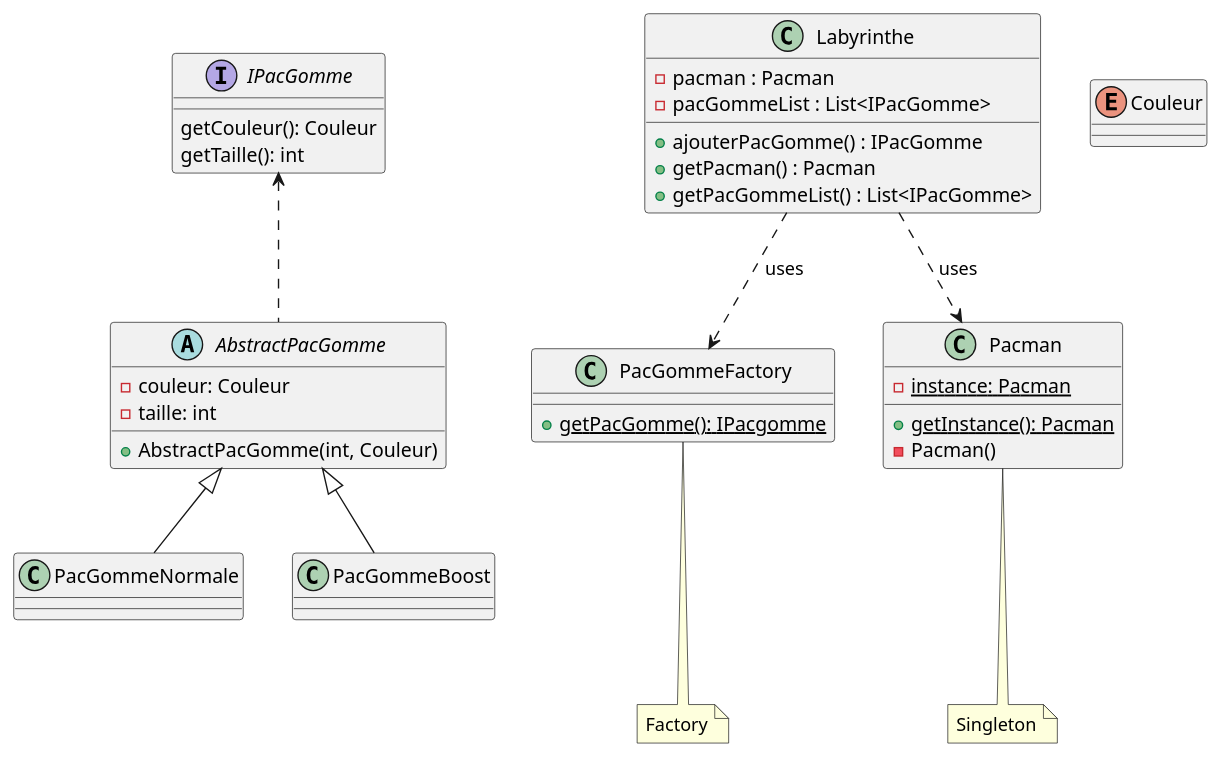
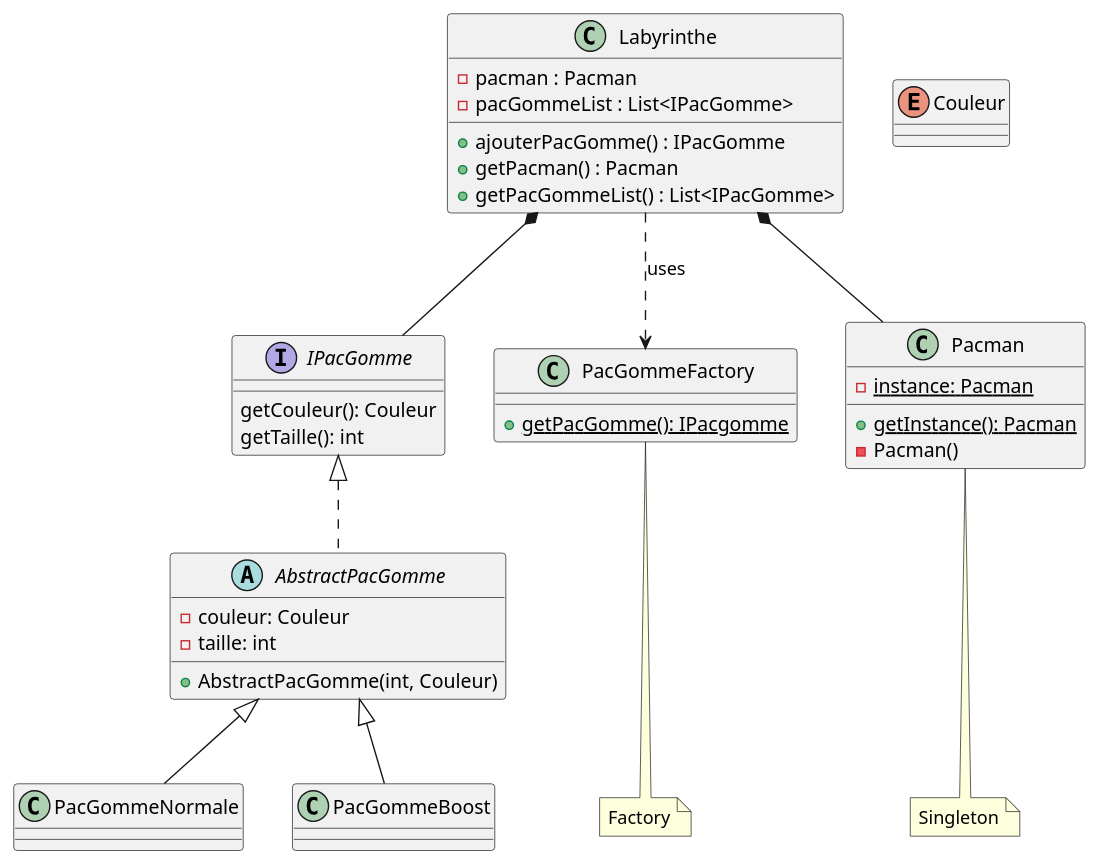
Before and after one commit to jandry/tetras-dm1-2022: the diagram in src/uml/UML.puml, drawn with PlantUML. The commit also changed 2 other files, not shown here.

```diff
--- a/src/uml/UML.puml
+++ b/src/uml/UML.puml
@@ -1,51 +1,52 @@
 @startuml Pacman
 
 class Labyrinthe {
      - pacman : Pacman
      - pacGommeList : List<IPacGomme>
      + ajouterPacGomme() : IPacGomme
      + getPacman() : Pacman
      + getPacGommeList() : List<IPacGomme>
 }
 
 
 enum Couleur
 
 interface IPacGomme {
      getCouleur(): Couleur
      getTaille(): int
 }
 
 abstract AbstractPacGomme {
      - couleur: Couleur
      - taille: int
      + AbstractPacGomme(int, Couleur)
 }
 
 class PacGommeNormale
 class PacGommeBoost
 
 PacGommeNormale -u-|> AbstractPacGomme
 PacGommeBoost -u-|> AbstractPacGomme
-AbstractPacGomme .u.> IPacGomme
+AbstractPacGomme .u.|> IPacGomme
 
 class PacGommeFactory {
      {static} + getPacGomme(): IPacgomme
 }
 
 note "Factory" as N1
 PacGommeFactory ... N1
 
 
 class Pacman {
     {static} - instance: Pacman
     {static} + getInstance(): Pacman
      - Pacman()
 }
 note "Singleton" as N2
 Pacman ... N2
 
-Labyrinthe ..> PacGommeFactory : uses
-Labyrinthe ..> Pacman : uses
+Labyrinthe ..> PacGommeFactory: uses
+Labyrinthe *-- IPacGomme
+Labyrinthe *-- Pacman
 
 @enduml[]
```
